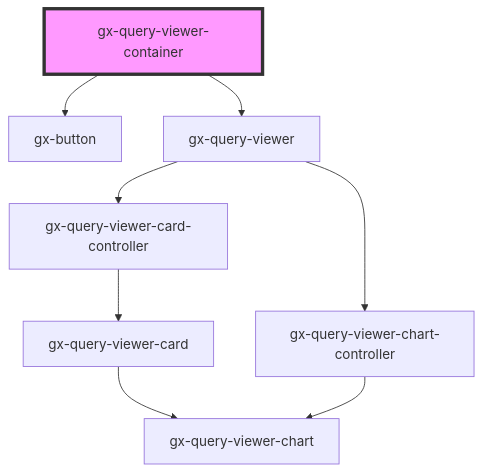
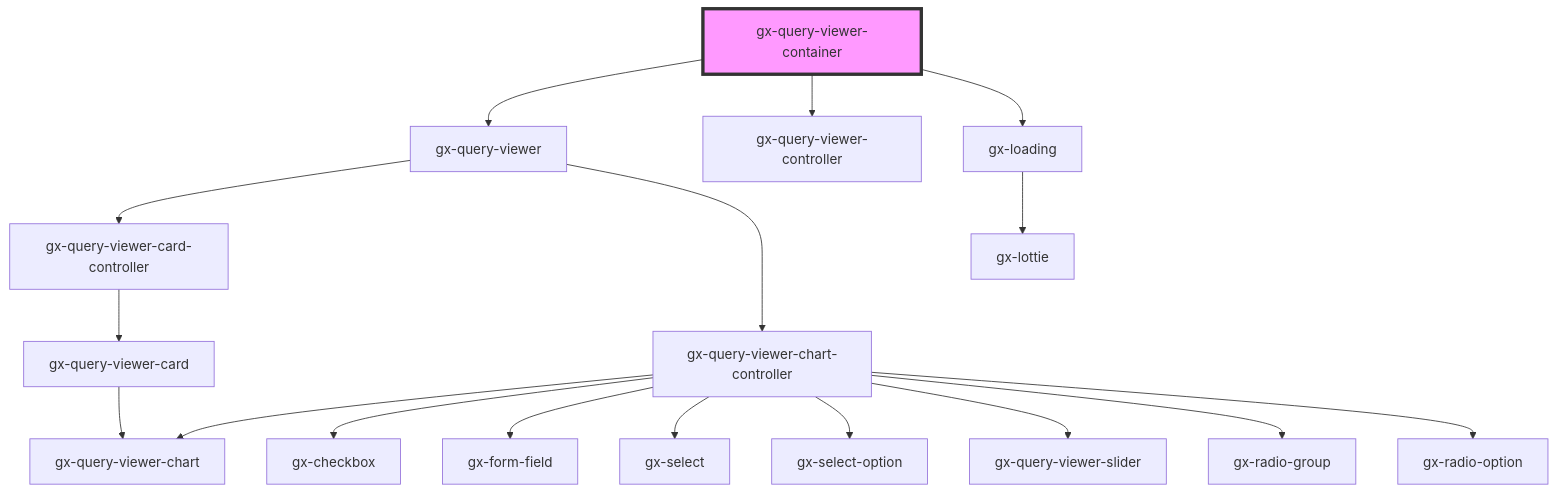
Before and after one commit to genexuslabs/reporting-controls-library: the diagram in src/components/gx-query/query-viewer-container/readme.md, drawn with Mermaid. The commit also changed other lines of this file and 29 other files, not shown here.

````diff
--- a/src/components/gx-query/query-viewer-container/readme.md
+++ b/src/components/gx-query/query-viewer-container/readme.md
@@ -30,11 +35,20 @@
 ```mermaid
 graph TD;
-  gx-query-viewer-container --> gx-button
   gx-query-viewer-container --> gx-query-viewer
+  gx-query-viewer-container --> gx-query-viewer-controller
+  gx-query-viewer-container --> gx-loading
   gx-query-viewer --> gx-query-viewer-card-controller
   gx-query-viewer --> gx-query-viewer-chart-controller
   gx-query-viewer-card-controller --> gx-query-viewer-card
   gx-query-viewer-card --> gx-query-viewer-chart
   gx-query-viewer-chart-controller --> gx-query-viewer-chart
+  gx-query-viewer-chart-controller --> gx-checkbox
+  gx-query-viewer-chart-controller --> gx-form-field
+  gx-query-viewer-chart-controller --> gx-select
+  gx-query-viewer-chart-controller --> gx-select-option
+  gx-query-viewer-chart-controller --> gx-query-viewer-slider
+  gx-query-viewer-chart-controller --> gx-radio-group
+  gx-query-viewer-chart-controller --> gx-radio-option
+  gx-loading --> gx-lottie
   style gx-query-viewer-container fill:#f9f,stroke:#333,stroke-width:4px
 ```
````
